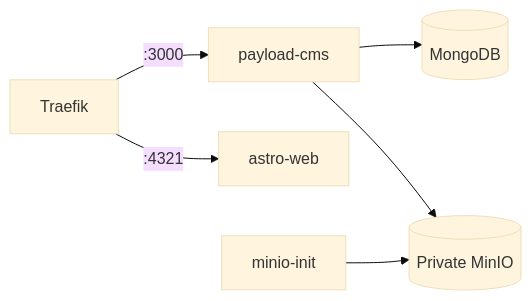
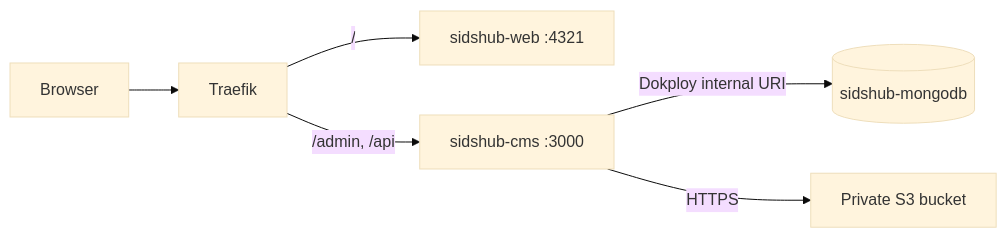
One commit to sidarth-23/portfolio-astro-cms changed the diagram in docs/deployment/production/overview.md. Above: the diagram before and after it, drawn with Mermaid (base theme). The commit also changed other lines of this file and 38 other files, not shown here.

````diff
--- a/docs/deployment/production/overview.md
+++ b/docs/deployment/production/overview.md
@@ -9,8 +7,8 @@
 ```mermaid
 flowchart LR
-  Traefik -->|:3000| CMS[payload-cms]
-  Traefik -->|:4321| Web[astro-web]
-  CMS --> Mongo[(MongoDB)]
-  CMS --> Minio[(Private MinIO)]
-  MinioInit[minio-init] --> Minio
+  Browser --> Traefik
+  Traefik -->|/| Web[sidshub-web :4321]
+  Traefik -->|/admin, /api| CMS[sidshub-cms :3000]
+  CMS -->|Dokploy internal URI| Mongo[(sidshub-mongodb)]
+  CMS -->|HTTPS| S3[Private S3 bucket]
 ```
````
